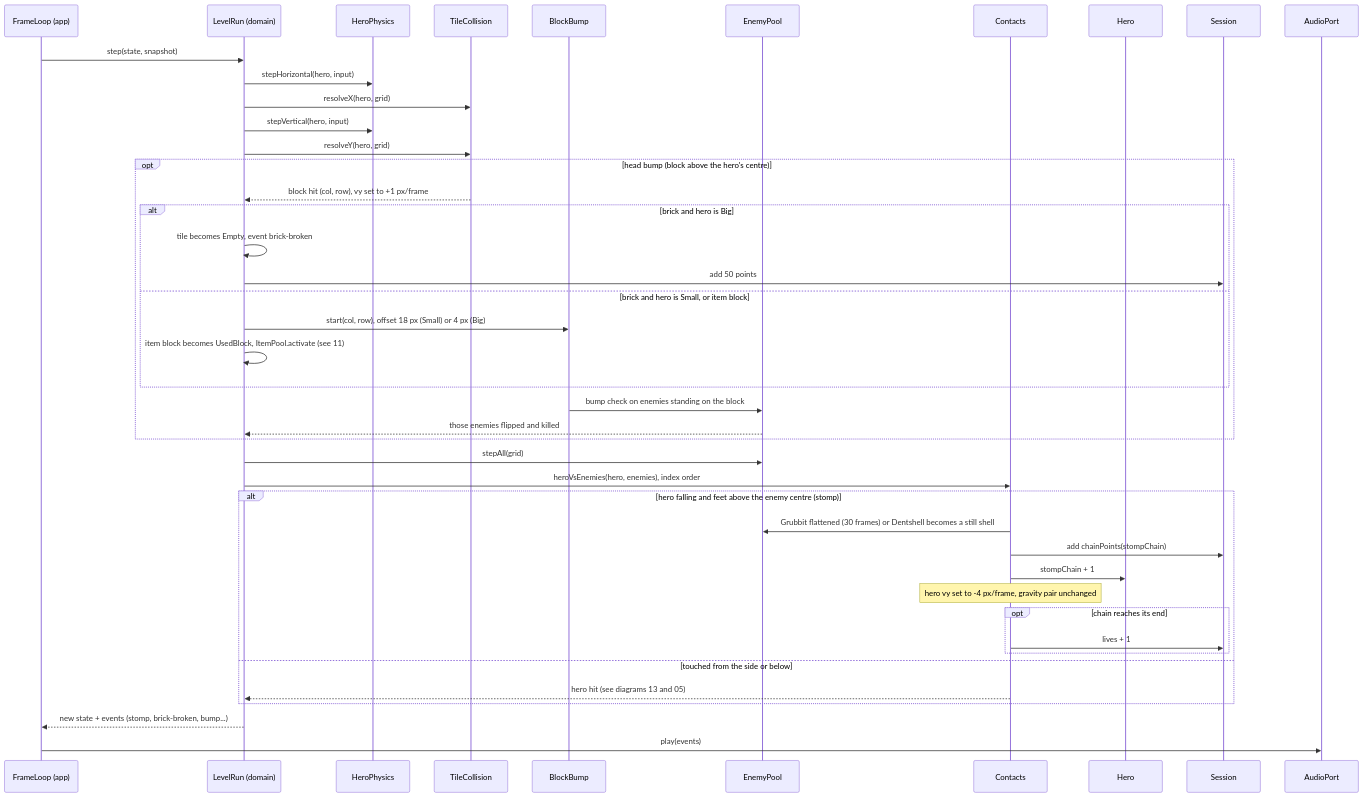
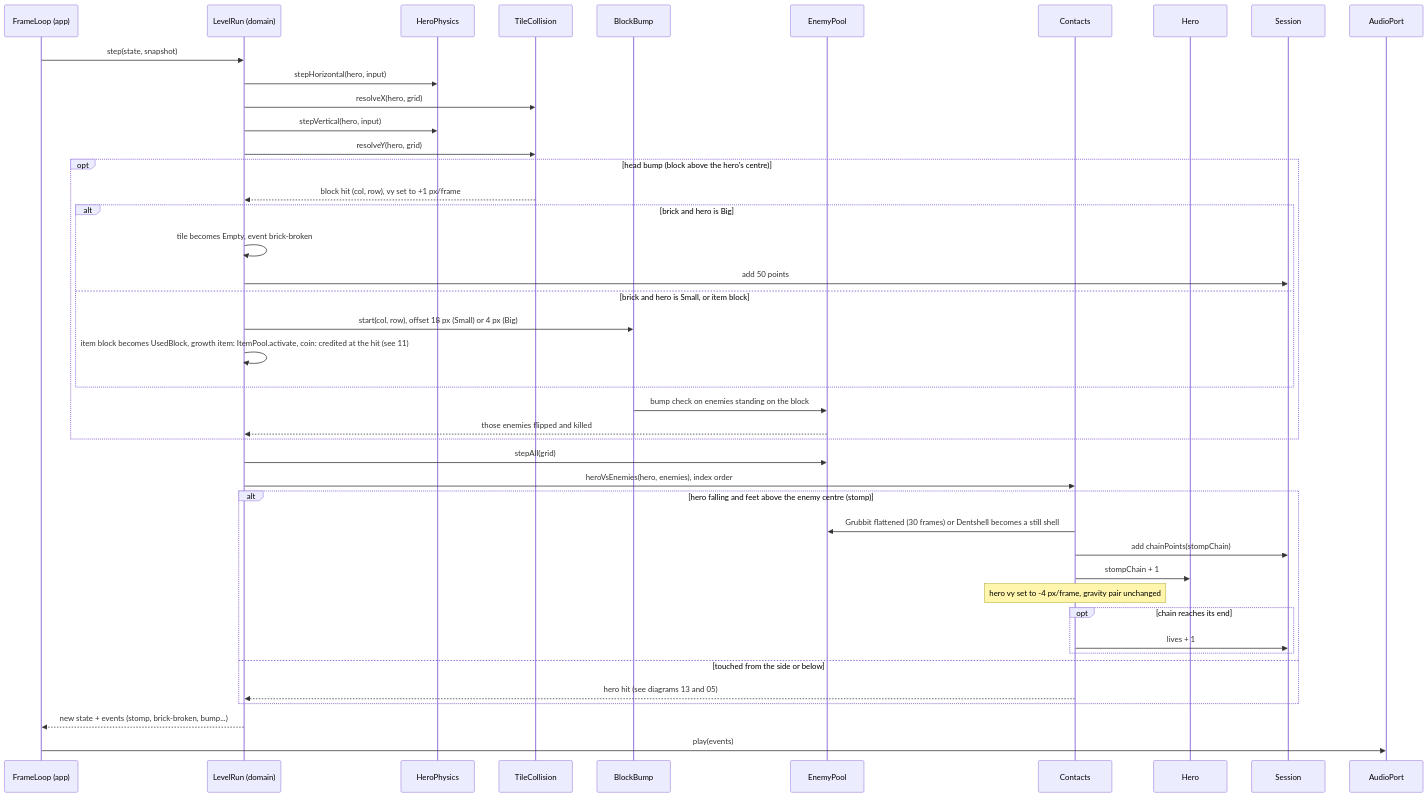
One commit to benoit-bremaud/retro-plumber changed the diagram in docs/architecture/diagrams/gameplay/10-sequence-collisions.md. Above: the diagram before and after it, drawn with Mermaid. The commit also changed 2 other files, not shown here.

Commit message:
docs(uml): address Codex review on sequences 10, 11, 14 (#7)

````diff
--- a/docs/architecture/diagrams/gameplay/10-sequence-collisions.md
+++ b/docs/architecture/diagrams/gameplay/10-sequence-collisions.md
@@ -14,45 +14,45 @@
 ```mermaid
 sequenceDiagram
     participant FL as FrameLoop (app)
     participant LR as LevelRun (domain)
     participant HP as HeroPhysics
     participant TC as TileCollision
     participant BB as BlockBump
     participant EP as EnemyPool
     participant Ct as Contacts
     participant H as Hero
     participant Sess as Session
     participant Snd as AudioPort
     FL->>LR: step(state, snapshot)
     LR->>HP: stepHorizontal(hero, input)
     LR->>TC: resolveX(hero, grid)
     LR->>HP: stepVertical(hero, input)
     LR->>TC: resolveY(hero, grid)
     opt head bump (block above the hero's centre)
         TC-->>LR: block hit (col, row), vy set to +1 px/frame
         alt brick and hero is Big
             LR->>LR: tile becomes Empty, event brick-broken
             LR->>Sess: add 50 points
         else brick and hero is Small, or item block
             LR->>BB: start(col, row), offset 18 px (Small) or 4 px (Big)
-            LR->>LR: item block becomes UsedBlock, ItemPool.activate (see 11)
+            LR->>LR: item block becomes UsedBlock, growth item: ItemPool.activate, coin: credited at the hit (see 11)
         end
         BB->>EP: bump check on enemies standing on the block
         EP-->>LR: those enemies flipped and killed
     end
     LR->>EP: stepAll(grid)
     LR->>Ct: heroVsEnemies(hero, enemies), index order
     alt hero falling and feet above the enemy centre (stomp)
         Ct->>EP: Grubbit flattened (30 frames) or Dentshell becomes a still shell
         Ct->>Sess: add chainPoints(stompChain)
         Ct->>H: stompChain + 1
         Note over Ct: hero vy set to -4 px/frame, gravity pair unchanged
         opt chain reaches its end
             Ct->>Sess: lives + 1
         end
     else touched from the side or below
         Ct-->>LR: hero hit (see diagrams 13 and 05)
     end
     LR-->>FL: new state + events (stomp, brick-broken, bump...)
     FL->>Snd: play(events)
 ```
````
